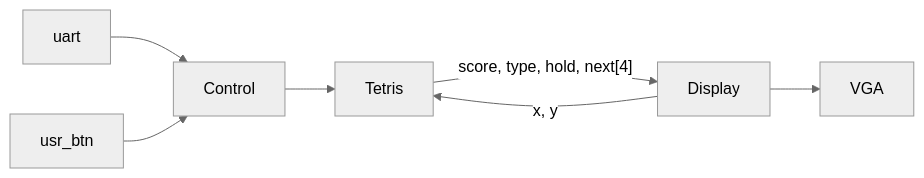
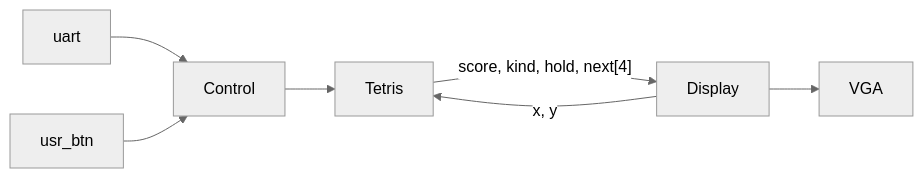
One commit to nella17/NYCU-DCLab-2022-Final changed the first of 4 diagrams in README.md. Above: the diagram before and after it, drawn with Mermaid (neutral theme). The commit also changed other lines of this file, not shown here.

Commit message:
type -> kind

````diff
--- a/README.md
+++ b/README.md
@@ -27,16 +27,16 @@
 ```mermaid
 %%{ init: { 'flowchart': { 'curve': 'basis' } } }%%
 graph LR;
 usr_btn; uart; VGA;
 Control; Tetris; Display;
 
 uart --> Control;
 usr_btn --> Control;
 
 Control --> Tetris;
 
 Display -->|x, y| Tetris;
-Tetris -->|"score, type, hold, next[4]"| Display;
+Tetris -->|"score, kind, hold, next[4]"| Display;
 
 Display --> VGA;
 ```
````
